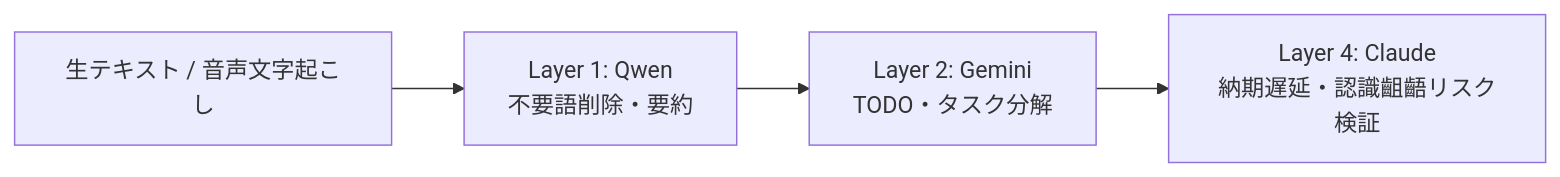
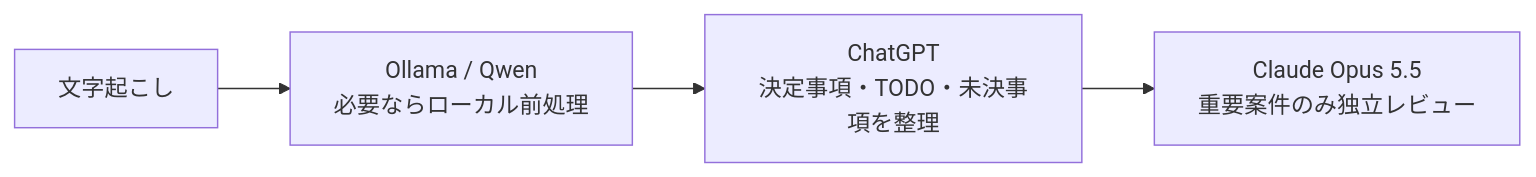
One commit to moruku36/multi-ai-workflow changed the diagram in docs/cookbook/01-meeting-minutes.md. Above: the diagram before and after it, drawn with Mermaid. The commit also changed other lines of this file, not shown here.

````diff
--- a/docs/cookbook/01-meeting-minutes.md
+++ b/docs/cookbook/01-meeting-minutes.md
@@ -9,6 +9,6 @@
 ```mermaid
 flowchart LR
-    A[生テキスト / 音声文字起こし] --> B[Layer 1: Qwen<br>不要語削除・要約]
-    B --> C[Layer 2: Gemini<br>TODO・タスク分解]
-    C --> D[Layer 4: Claude<br>納期遅延・認識齟齬リスク検証]
+    A[文字起こし] --> B[Ollama / Qwen<br/>必要ならローカル前処理]
+    B --> C[ChatGPT<br/>決定事項・TODO・未決事項を整理]
+    C --> D[Claude Opus 5.5<br/>重要案件のみ独立レビュー]
 ```
````
